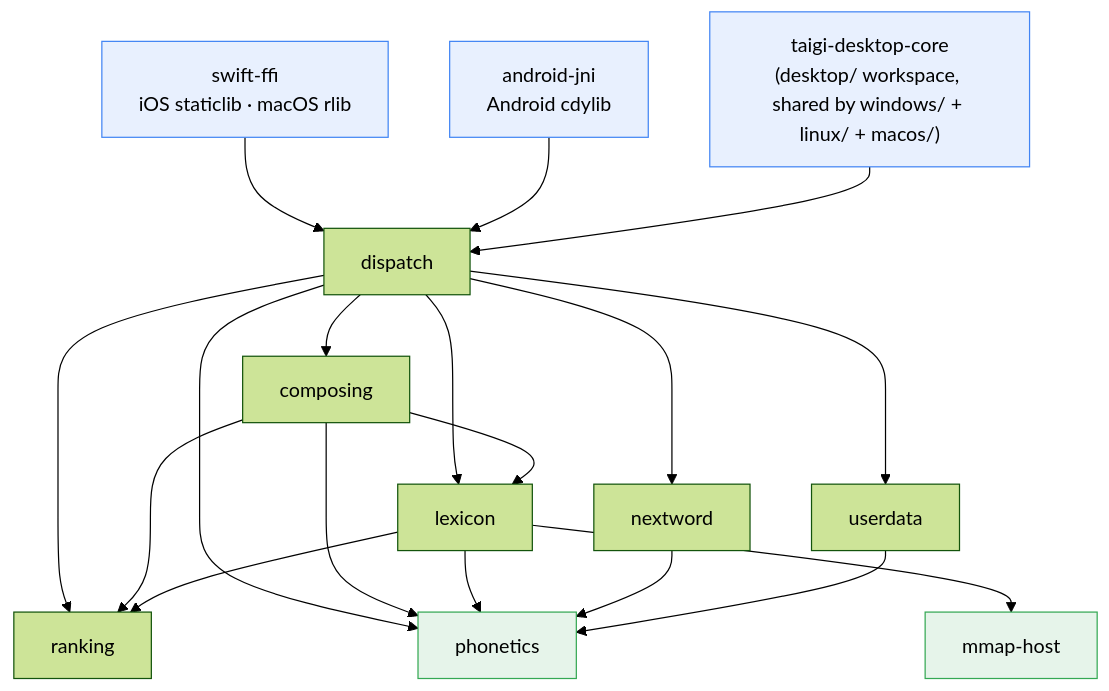
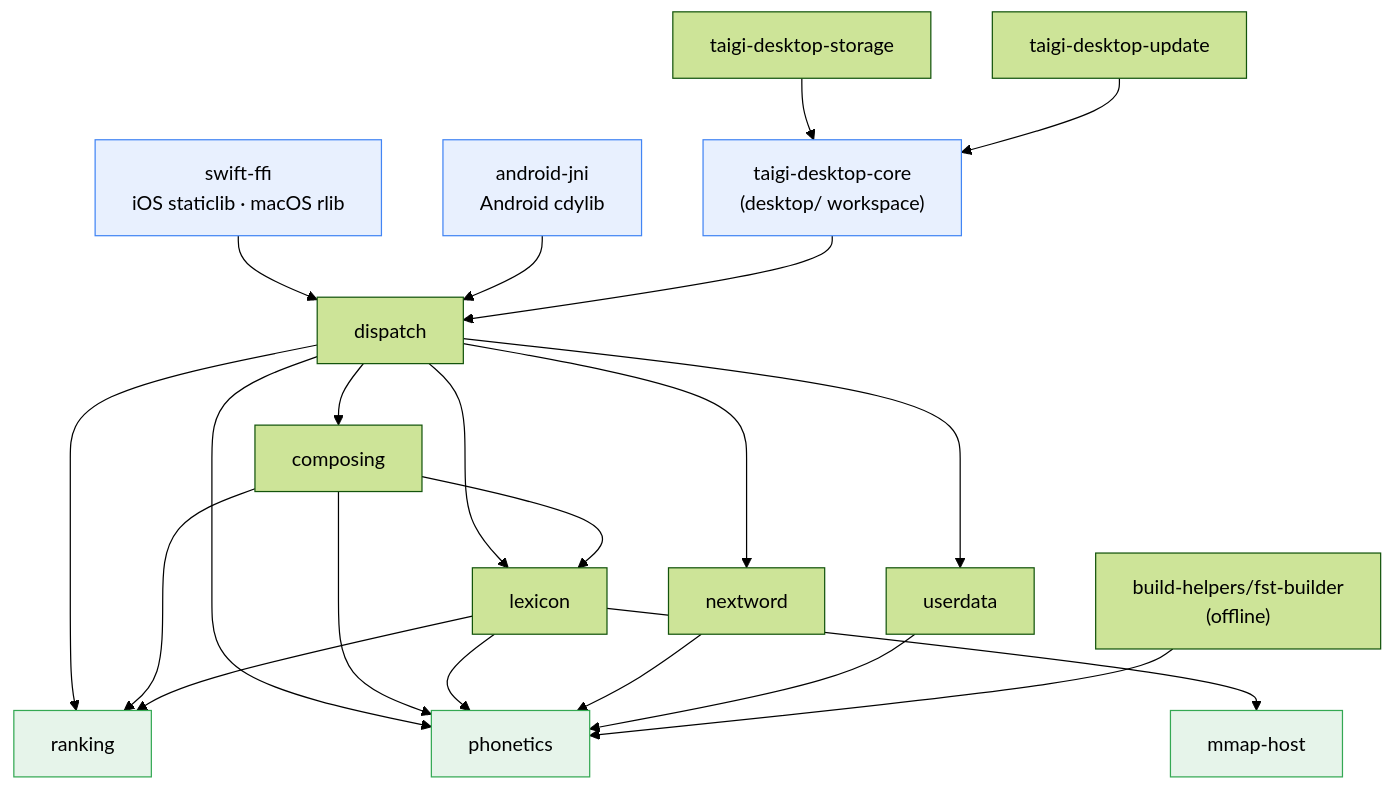
Before and after one commit to yapinxxx/taigikeyboard: the second of 4 diagrams in docs/architecture/system-overview.md, drawn with Mermaid (forest theme). The commit also changed other lines of this file and 16 other files, not shown here.

First line of the commit message:
docs: architecture diagram from real code; fix build/root docs

````diff
--- a/docs/architecture/system-overview.md
+++ b/docs/architecture/system-overview.md
@@ -71,25 +82,28 @@
 ```mermaid
 graph TD
     swiftffi["swift-ffi<br/>iOS staticlib · macOS rlib"] --> dispatch
     androidjni["android-jni<br/>Android cdylib"] --> dispatch
-    wincore["taigi-desktop-core<br/>(desktop/ workspace, shared by windows/ + linux/ + macos/)"] --> dispatch
+    dcore["taigi-desktop-core<br/>(desktop/ workspace)"] --> dispatch
+    dstorage["taigi-desktop-storage"] --> dcore
+    dupdate["taigi-desktop-update"] --> dcore
     dispatch --> composing
     dispatch --> lexicon
     dispatch --> nextword
     dispatch --> ranking
     dispatch --> userdata
     dispatch --> phonetics
     composing --> lexicon
     composing --> ranking
     composing --> phonetics
     lexicon --> ranking
     lexicon --> phonetics
     lexicon --> mmaphost["mmap-host"]
     nextword --> phonetics
     userdata --> phonetics
+    fstbuilder["build-helpers/fst-builder<br/>(offline)"] --> phonetics
 
     classDef adapter fill:#e8f0fe,stroke:#4285f4;
     classDef leaf fill:#e6f4ea,stroke:#34a853;
-    class swiftffi,androidjni,wincore adapter;
-    class phonetics,mmaphost leaf;
+    class swiftffi,androidjni,dcore adapter;
+    class phonetics,mmaphost,ranking leaf;
 ```
````
